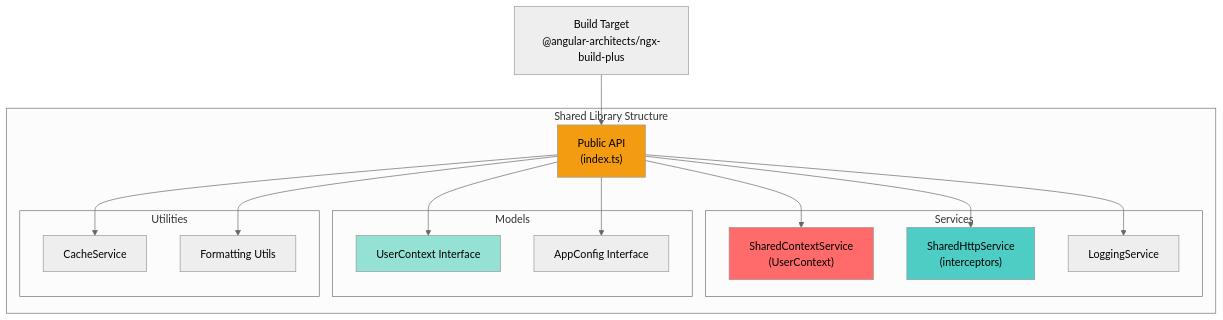
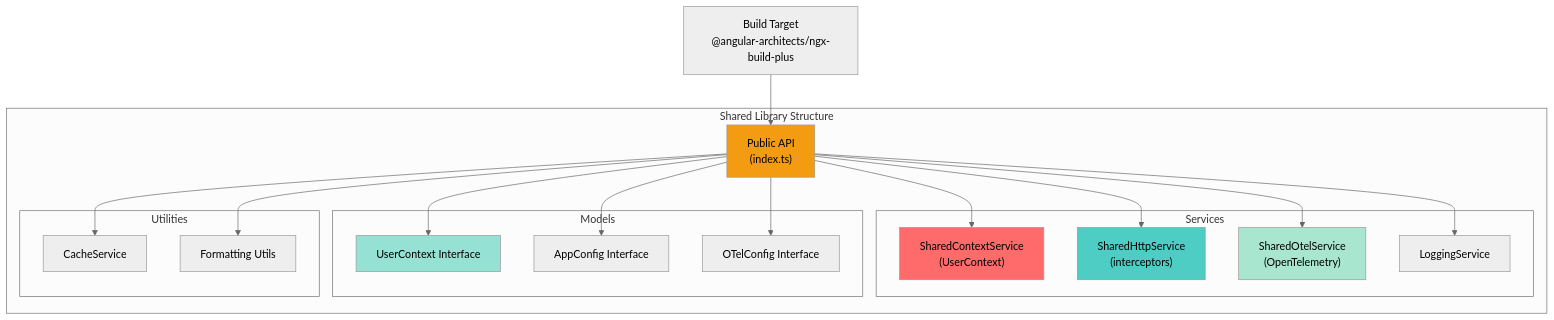
One commit to PolecatWorks/Mfe-shell changed the fifth of 13 diagrams in spec/ARCHITECTURE.md. Above: the diagram before and after it, drawn with Mermaid (neutral theme). The commit also changed other lines of this file and 7 other files, not shown here.

````diff
--- a/spec/ARCHITECTURE.md
+++ b/spec/ARCHITECTURE.md
@@ -193,38 +193,43 @@
 ```mermaid
 graph TB
     BuildTarget["Build Target<br/>@angular-architects/ngx-build-plus"]
     
     subgraph "Shared Library Structure"
         Public["Public API<br/>(index.ts)"]
         
         subgraph "Services"
             Context["SharedContextService<br/>(UserContext)"]
             HTTP["SharedHttpService<br/>(interceptors)"]
+            OTel["SharedOtelService<br/>(OpenTelemetry)"]
             Logging["LoggingService"]
         end
         
         subgraph "Models"
             User["UserContext Interface"]
             Config["AppConfig Interface"]
+            OTelCfg["OTelConfig Interface"]
         end
         
         subgraph "Utilities"
             Cache["CacheService"]
             Format["Formatting Utils"]
         end
     end
     
     BuildTarget --> Public
     Public --> Context
     Public --> HTTP
+    Public --> OTel
     Public --> Logging
     Public --> User
     Public --> Config
+    Public --> OTelCfg
     Public --> Cache
     Public --> Format
     
     style Public fill:#F39C12
     style Context fill:#FF6B6B
     style HTTP fill:#4ECDC4
+    style OTel fill:#A8E6CF
     style User fill:#95E1D3
 ```
````
